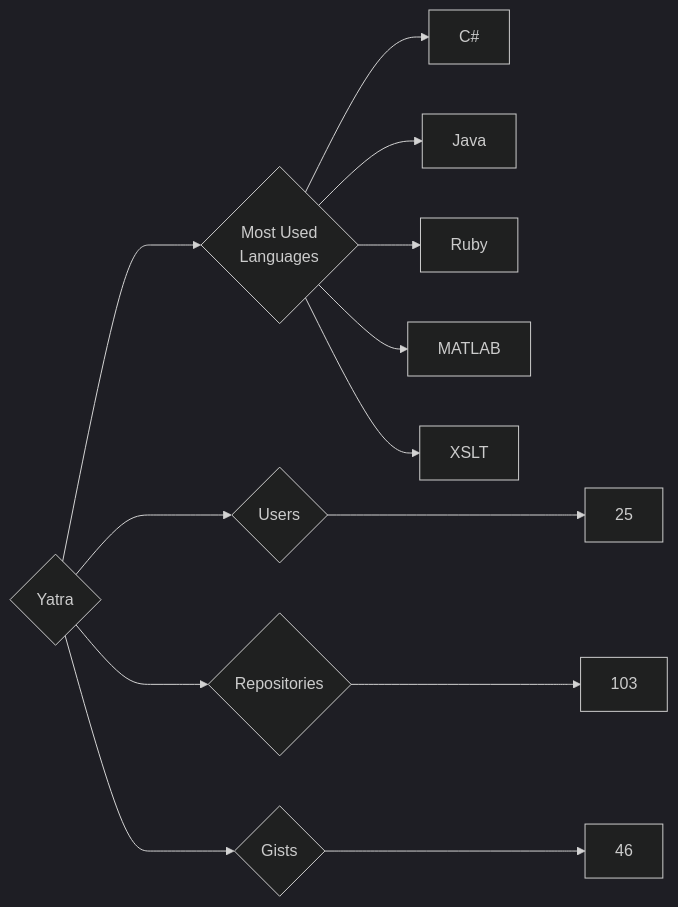
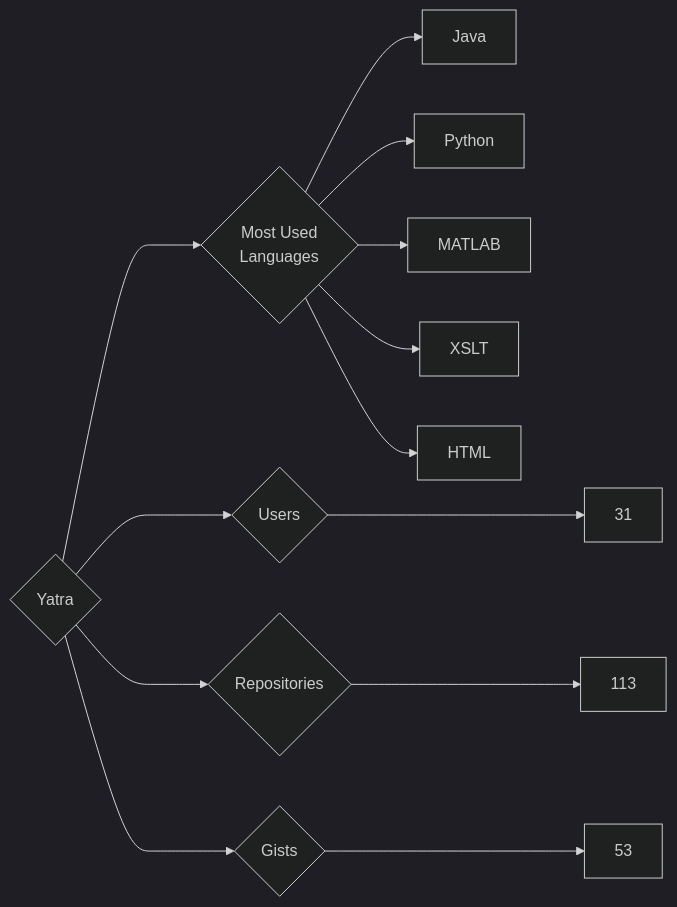
Before and after one commit to trickest/insiders: the diagram in targets/Yatra/README.md, drawn with Mermaid (dark theme). The commit also changed 806 other files, not shown here.

````diff
--- a/targets/Yatra/README.md
+++ b/targets/Yatra/README.md
@@ -3,13 +3,13 @@
 ```mermaid
 graph LR
 COMPANY_NAME{Yatra}
-COMPANY_NAME ---> U{Users} ---> UN[25]
-COMPANY_NAME ---> R{Repositories} ---> RN[103]
-COMPANY_NAME ---> G{Gists} ---> GN[46]
+COMPANY_NAME ---> U{Users} ---> UN[31]
+COMPANY_NAME ---> R{Repositories} ---> RN[113]
+COMPANY_NAME ---> G{Gists} ---> GN[53]
 COMPANY_NAME ---> ML{Most Used<br>Languages}
-ML --> C#[C#]
 ML --> Java[Java]
-ML --> Ruby[Ruby]
+ML --> Python[Python]
 ML --> MATLAB[MATLAB]
 ML --> XSLT[XSLT]
+ML --> HTML[HTML]
 ```
````
